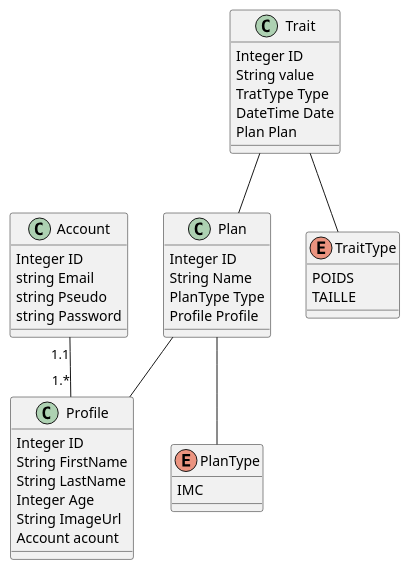
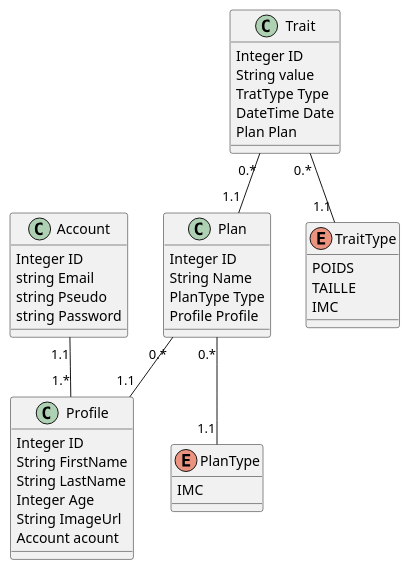
One commit to darkshark29/heal-fit changed the diagram in UML/plant-UML/classes.puml. Above: the diagram before and after it, drawn with PlantUML. The commit also changed 4 other files, not shown here.

Commit message:
Add test data + IMC trait + UML changes

```diff
--- a/UML/plant-UML/classes.puml
+++ b/UML/plant-UML/classes.puml
@@ -1,57 +1,58 @@
 @startuml
 
 class Account
 {
 	Integer ID
 	string Email
 	string Pseudo
 	string Password
 }
 
 class Profile
 {
 	Integer ID
 	String FirstName
 	String LastName
 	Integer Age
 	String ImageUrl
 	Account acount
 }
 
 Account "1.1" -- "1.*" Profile
 
 enum PlanType
 {
 	IMC
 }
 
 class Plan
 {
 	Integer ID
 	String Name
 	PlanType Type
 	Profile Profile
 }
 
-Plan -- PlanType
-Plan -- Profile
+Plan "0.*" -- "1.1" PlanType
+Plan "0.*" -- "1.1" Profile
 
 enum TraitType
 {
 	POIDS
 	TAILLE
+	IMC
 }
 
 class Trait
 { 
 	Integer ID
 	String value
 	TratType Type
 	DateTime Date
 	Plan Plan
 }
 
-Trait -- TraitType
-Trait -- Plan
+Trait "0.*" -- "1.1" TraitType
+Trait "0.*" -- "1.1" Plan
 
 @enduml
```
